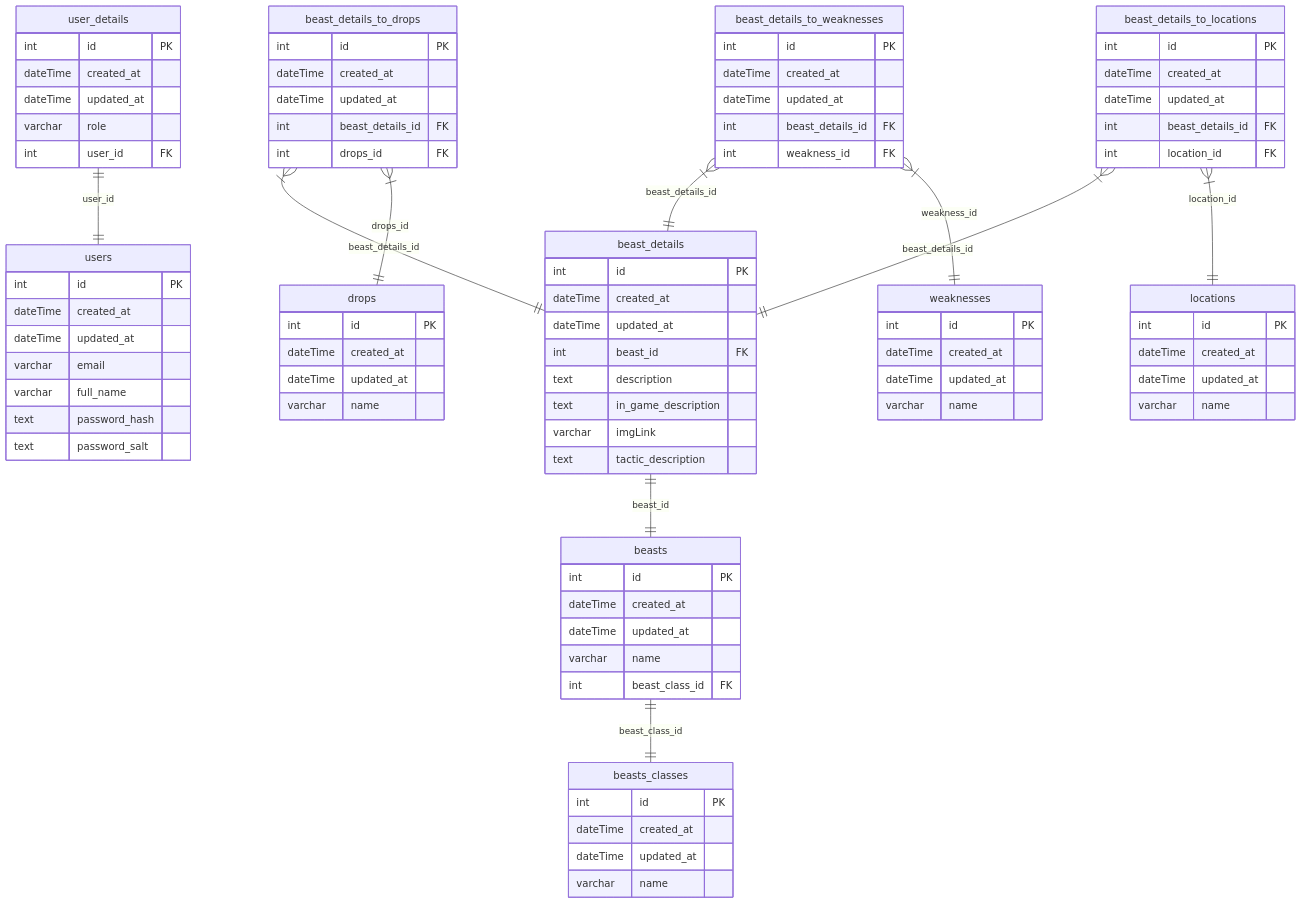
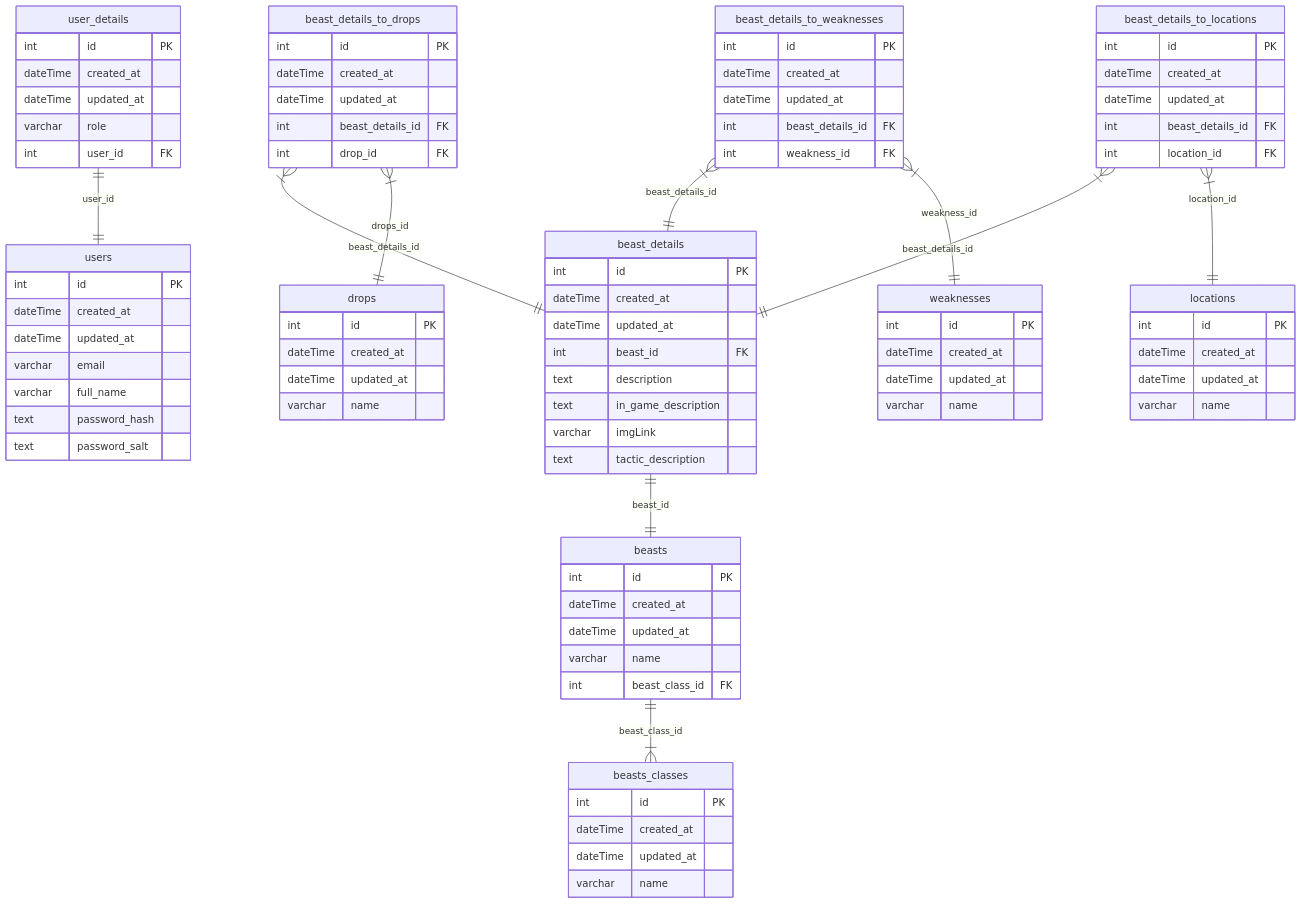
Before and after one commit to WilhelmWesser/beastiarium: the diagram in readme.md, drawn with Mermaid. The commit also changed 5 other files, not shown here.

```diff
--- a/readme.md
+++ b/readme.md
@@ -13,13 +12,13 @@
         text password_hash
         text password_salt
     }
-    
+
     user_details ||--|| users : user_id
     user_details {
         int id PK
         dateTime created_at
         dateTime updated_at
-        varchar role    
+        varchar role
         int user_id FK
     }
 
@@ -29,29 +28,29 @@
         dateTime updated_at
         varchar name
     }
-    
+
     weaknesses {
         int id PK
         dateTime created_at
         dateTime updated_at
         varchar name
     }
-    
+
     drops {
         int id PK
         dateTime created_at
         dateTime updated_at
         varchar name
     }
-    
+
     locations {
         int id PK
         dateTime created_at
         dateTime updated_at
         varchar name
     }
-    
-    beasts ||--|| beasts_classes : beast_class_id
+
+    beasts ||--|{ beasts_classes : beast_class_id
     beasts {
         int id PK
         dateTime created_at
@@ -59,7 +58,7 @@
         varchar name
         int beast_class_id FK
     }
-    
+
     beast_details ||--|| beasts : beast_id
     beast_details {
         int id PK
@@ -71,7 +70,7 @@
         varchar imgLink
         text tactic_description
     }
-    
+
     beast_details_to_drops }|--|| beast_details : beast_details_id
     beast_details_to_drops }|--|| drops : drops_id
     beast_details_to_drops {
@@ -79,9 +78,9 @@
         dateTime created_at
         dateTime updated_at
         int beast_details_id FK
-        int drops_id FK
+        int drop_id FK
     }
-    
+
     beast_details_to_locations }|--|| beast_details : beast_details_id
     beast_details_to_locations }|--|| locations : location_id
     beast_details_to_locations {
@@ -91,7 +90,7 @@
         int beast_details_id FK
         int location_id FK
     }
-    
+
     beast_details_to_weaknesses }|--|| beast_details : beast_details_id
     beast_details_to_weaknesses }|--|| weaknesses : weakness_id
     beast_details_to_weaknesses {
```
